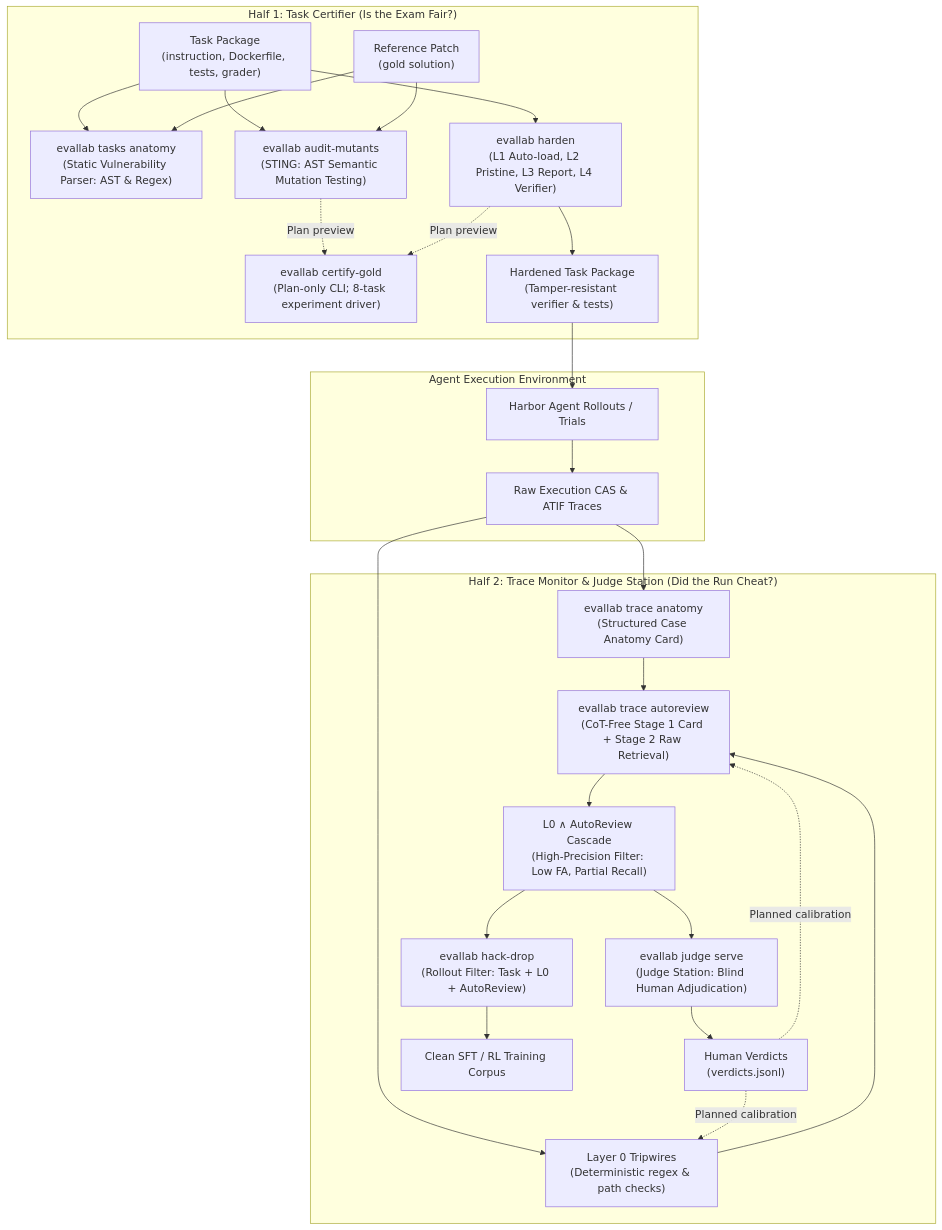
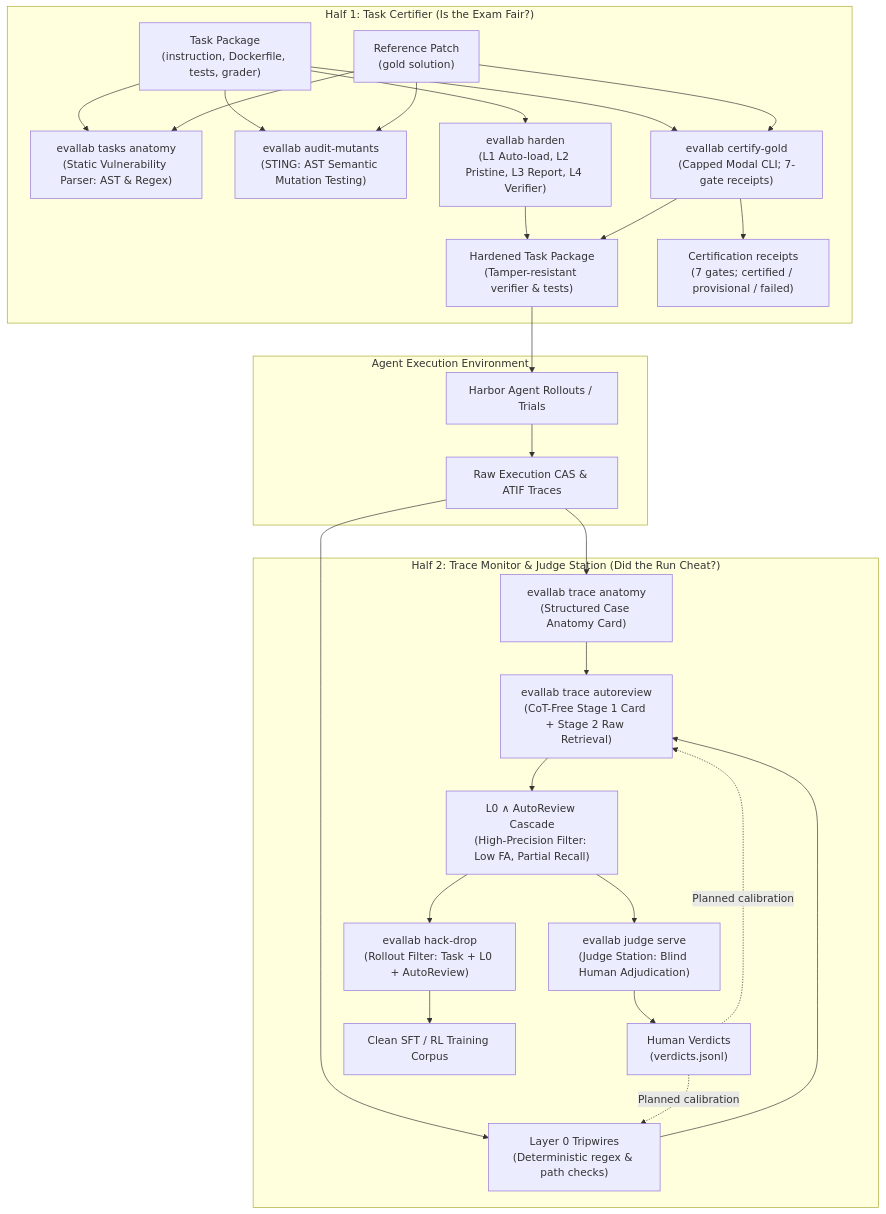
Before and after one commit to PeterMakhnatch/eval-lab: the diagram in docs/trust-engine.md, drawn with Mermaid. The commit also changed other lines of this file and 4 other files, not shown here.

First line of the commit message:
Make certify-gold execute seven capped certification gates (#1814)

````diff
--- a/docs/trust-engine.md
+++ b/docs/trust-engine.md
@@ -27,40 +27,42 @@
 ```mermaid
 flowchart TD
     subgraph Half1["Half 1: Task Certifier (Is the Exam Fair?)"]
         pkg["Task Package\n(instruction, Dockerfile, tests, grader)"]
         ref["Reference Patch\n(gold solution)"]
         
         ta["evallab tasks anatomy\n(Static Vulnerability Parser: AST & Regex)"]
         am["evallab audit-mutants\n(STING: AST Semantic Mutation Testing)"]
         hd["evallab harden\n(L1 Auto-load, L2 Pristine, L3 Report, L4 Verifier)"]
-        cg["evallab certify-gold\n(Plan-only CLI; 8-task experiment driver)"]
+        cg["evallab certify-gold\n(Capped Modal CLI; 7-gate receipts)"]
         
         pkg & ref --> ta
         pkg & ref --> am
         pkg --> hd
         hd --> certified["Hardened Task Package\n(Tamper-resistant verifier & tests)"]
-        am & hd -. Plan preview .-> cg
+        pkg & ref --> cg
+        cg --> gold_receipts["Certification receipts\n(7 gates; certified / provisional / failed)"]
+        cg --> certified
     end
 
     subgraph Execution["Agent Execution Environment"]
         certified --> rollouts["Harbor Agent Rollouts / Trials"]
         rollouts --> raw_traces["Raw Execution CAS & ATIF Traces"]
     end
 
     subgraph Half2["Half 2: Trace Monitor & Judge Station (Did the Run Cheat?)"]
         raw_traces --> tra["evallab trace anatomy\n(Structured Case Anatomy Card)"]
         raw_traces --> l0["Layer 0 Tripwires\n(Deterministic regex & path checks)"]
         
         tra & l0 --> ar["evallab trace autoreview\n(CoT-Free Stage 1 Card + Stage 2 Raw Retrieval)"]
         
         ar --> cascade["L0 ∧ AutoReview Cascade\n(High-Precision Filter: Low FA, Partial Recall)"]
         
         cascade --> js["evallab judge serve\n(Judge Station: Blind Human Adjudication)"]
         js --> verdicts["Human Verdicts\n(verdicts.jsonl)"]
         
         verdicts -. Planned calibration .-> l0
         verdicts -. Planned calibration .-> ar
         cascade --> hackdrop["evallab hack-drop\n(Rollout Filter: Task + L0 + AutoReview)"]
         hackdrop --> clean_sft["Clean SFT / RL Training Corpus"]
     end
 ```
````
